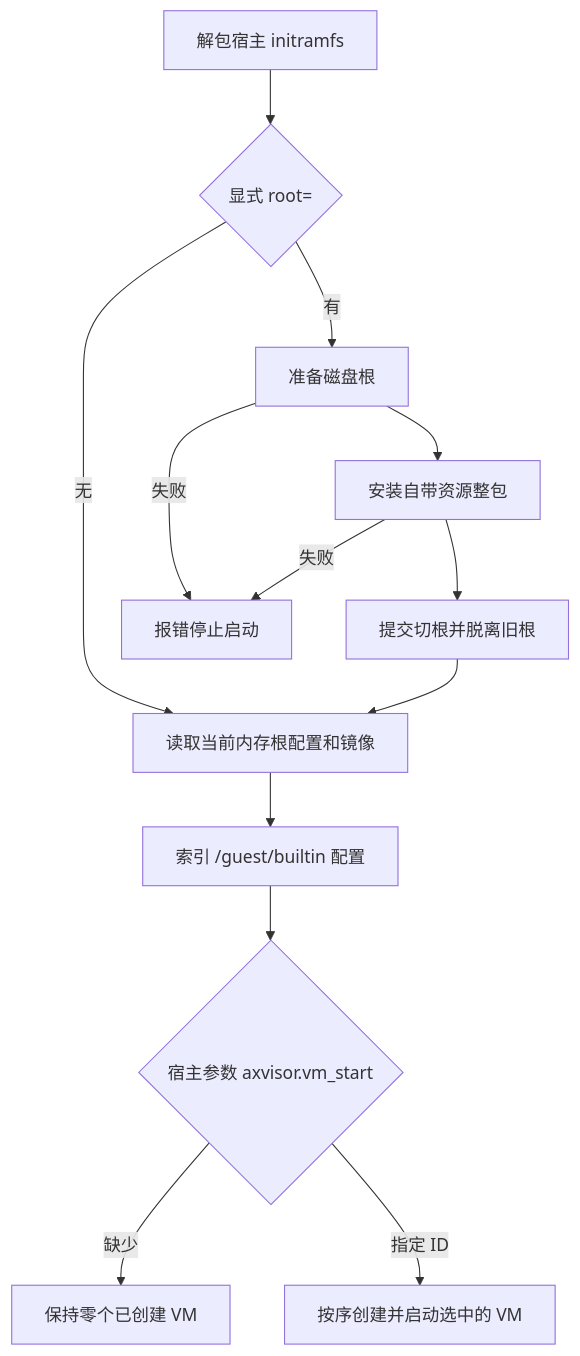
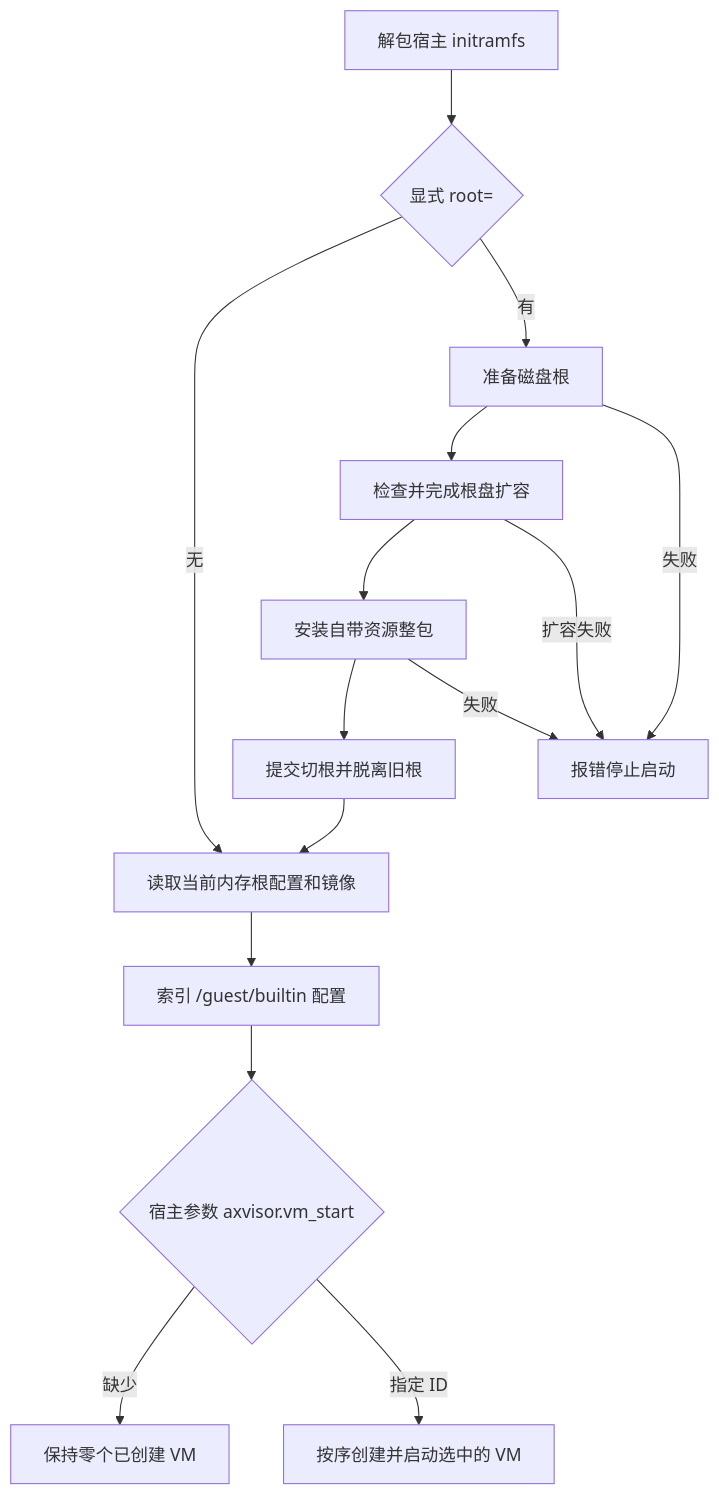
One commit to rcore-os/tgoskits changed the diagram in docs/docs/build/axvisor/runtime.md. Above: the diagram before and after it, drawn with Mermaid. The commit also changed other lines of this file and 83 other files, not shown here.

````diff
--- a/docs/docs/build/axvisor/runtime.md
+++ b/docs/docs/build/axvisor/runtime.md
@@ -14,15 +14,17 @@
 ```mermaid
 flowchart TD
     A[解包宿主 initramfs] --> B{显式 root=}
     B -->|无| G[读取当前内存根配置和镜像]
     B -->|有| C[准备磁盘根]
-    C --> D[安装自带资源整包]
+    C --> R[检查并完成根盘扩容]
+    R --> D[安装自带资源整包]
+    R -->|扩容失败| F
     D --> E[提交切根并脱离旧根]
     E --> G
     C -->|失败| F[报错停止启动]
     D -->|失败| F
     G --> H[索引 /guest/builtin 配置]
     H --> I{宿主参数 axvisor.vm_start}
     I -->|缺少| J[保持零个已创建 VM]
     I -->|指定 ID| K[按序创建并启动选中的 VM]
 ```
````
